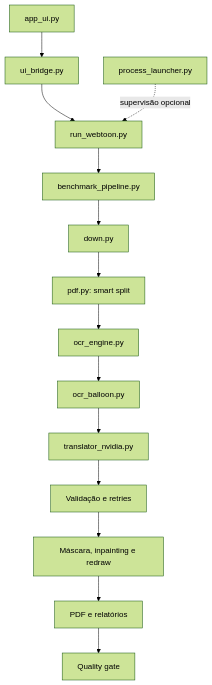
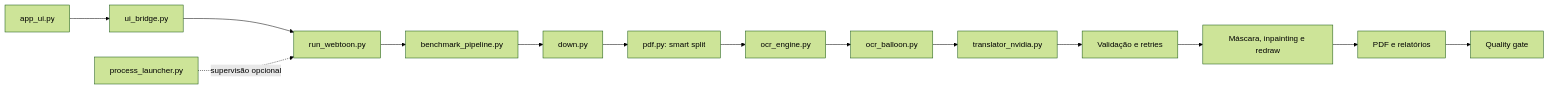
Before and after one commit to HenriquePvAr/Yomu-Sekai: the first of 2 diagrams in docs/ARCHITECTURE.md, drawn with Mermaid (forest theme). The commit also changed 1 other file, not shown here.

Commit message:
docs: improve Mermaid layout on GitHub

````diff
--- a/docs/ARCHITECTURE.md
+++ b/docs/ARCHITECTURE.md
@@ -22,16 +22,16 @@
 ```mermaid
-flowchart TD
+flowchart LR
     UI[app_ui.py] --> Bridge[ui_bridge.py]
     CLI[run_webtoon.py] --> Orchestrator[benchmark_pipeline.py]
     Bridge --> CLI
     Launcher[process_launcher.py] -. supervisão opcional .-> CLI
     Orchestrator --> Download[down.py]
     Download --> Split[pdf.py: smart split]
     Split --> OCR[ocr_engine.py]
     OCR --> Groups[ocr_balloon.py]
     Groups --> Translation[translator_nvidia.py]
     Translation --> Validation[Validação e retries]
     Validation --> Render[Máscara, inpainting e redraw]
     Render --> PDF[PDF e relatórios]
     PDF --> Gate[Quality gate]
 ```
````
